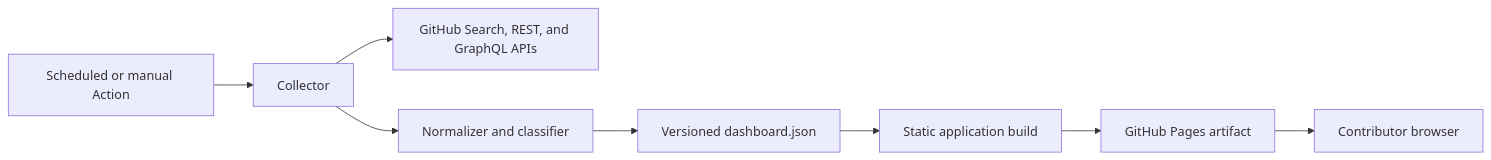
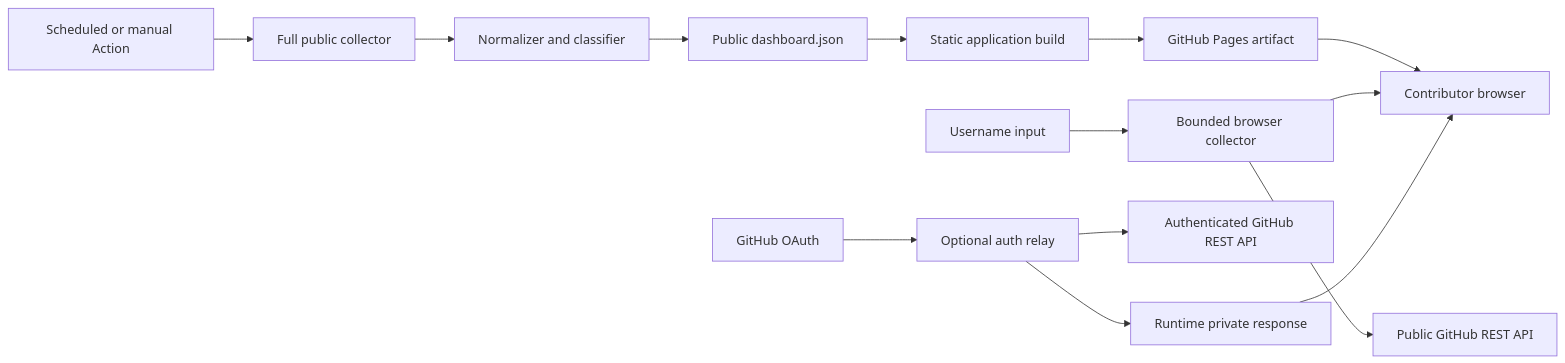
One commit to ranxi2001/opensource-deck changed the diagram in docs/PRD.md. Above: the diagram before and after it, drawn with Mermaid. The commit also changed other lines of this file and 67 other files, not shown here.

````diff
--- a/docs/PRD.md
+++ b/docs/PRD.md
@@ -345,10 +366,19 @@
 ```mermaid
 flowchart LR
-    S[Scheduled or manual Action] --> C[Collector]
-    C --> G[GitHub Search, REST, and GraphQL APIs]
+    S[Scheduled or manual Action] --> C[Full public collector]
     C --> N[Normalizer and classifier]
-    N --> J[Versioned dashboard.json]
+    N --> J[Public dashboard.json]
     J --> B[Static application build]
     B --> P[GitHub Pages artifact]
+
+    I[Username input] --> L[Bounded browser collector]
+    L --> G[Public GitHub REST API]
+
+    O[GitHub OAuth] --> R[Optional auth relay]
+    R --> H[Authenticated GitHub REST API]
+    R --> D[Runtime private response]
+
     P --> U[Contributor browser]
+    L --> U
+    D --> U
 ```
````
